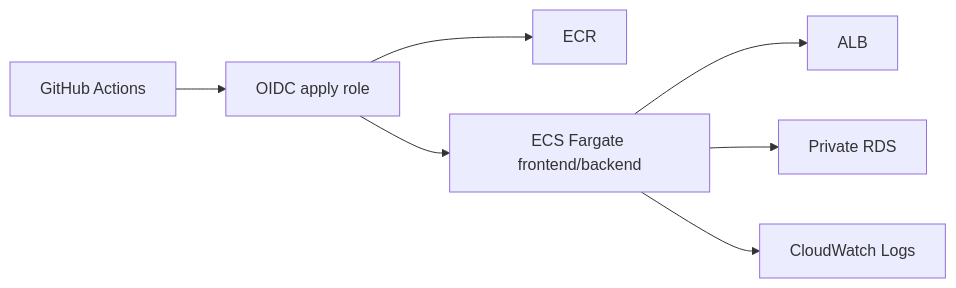
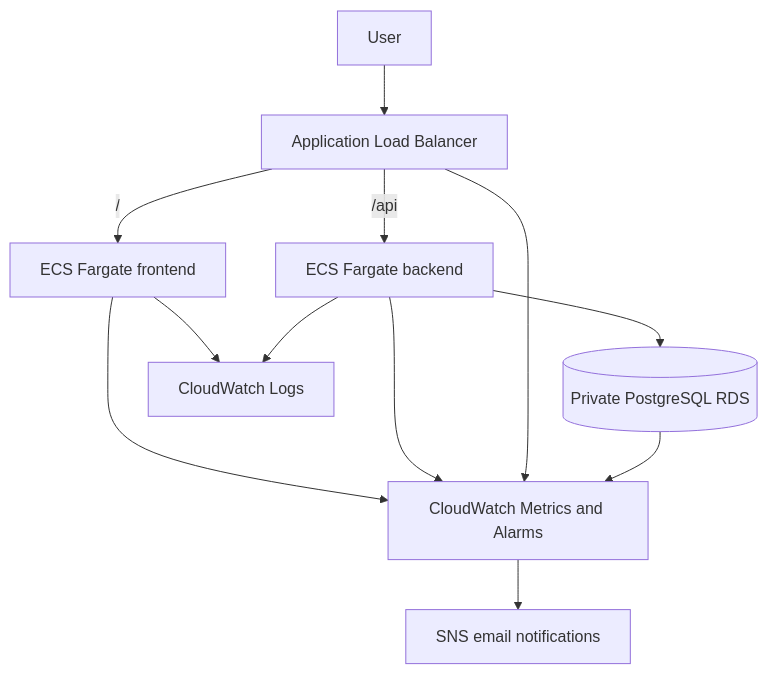
One commit to mohammedhammoud/aws-terraform-labs changed the diagram in infra/ecs-fargate/README.md. Above: the diagram before and after it, drawn with Mermaid. The commit also changed other lines of this file and 1 other file, not shown here.

Commit message:
docs: update ecs fargate docs

````diff
--- a/infra/ecs-fargate/README.md
+++ b/infra/ecs-fargate/README.md
@@ -9,9 +11,19 @@
 ```mermaid
-flowchart LR
-  A[GitHub Actions] --> B[OIDC apply role]
-  B --> C[ECR]
-  B --> D[ECS Fargate frontend/backend]
-  D --> E[ALB]
-  D --> F[Private RDS]
-  D --> G[CloudWatch Logs]
+flowchart TD
+  User[User] --> ALB[Application Load Balancer]
+
+  ALB -->|/| Frontend[ECS Fargate frontend]
+  ALB -->|/api| Backend[ECS Fargate backend]
+
+  Backend --> RDS[(Private PostgreSQL RDS)]
+
+  Frontend --> Logs[CloudWatch Logs]
+  Backend --> Logs
+
+  Frontend --> Metrics[CloudWatch Metrics and Alarms]
+  Backend --> Metrics
+  ALB --> Metrics
+  RDS --> Metrics
+
+  Metrics --> SNS[SNS email notifications]
 ```
````
